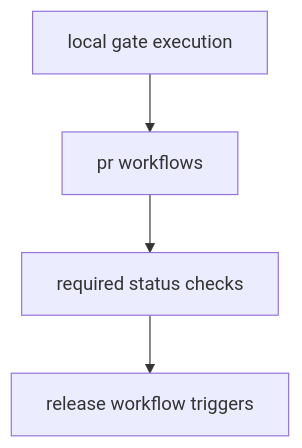
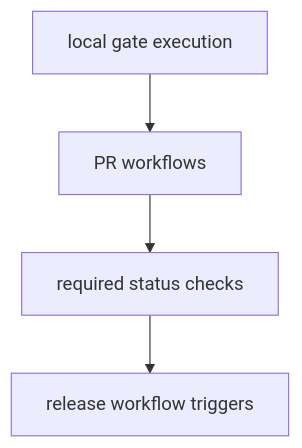
Before and after one commit to bijux/bijux-cli: the diagram in docs/bijux-dev/operations/ci-and-automation.md, drawn with Mermaid. The commit also changed other lines of this file, not shown here.

````diff
--- a/docs/bijux-dev/operations/ci-and-automation.md
+++ b/docs/bijux-dev/operations/ci-and-automation.md
@@ -17,6 +20,6 @@
 ```mermaid
 flowchart TD
-    local[local gate execution] --> pr[pr workflows]
-    pr --> required[required status checks]
-    required --> release[release workflow triggers]
+    local["local gate execution"] --> pr["PR workflows"]
+    pr --> required["required status checks"]
+    required --> release["release workflow triggers"]
 ```
````
